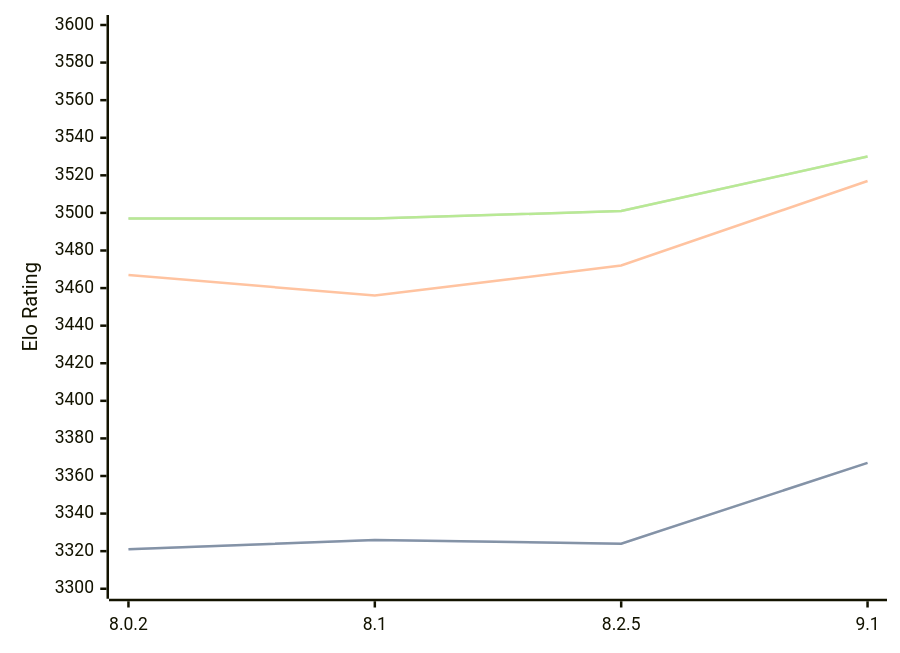
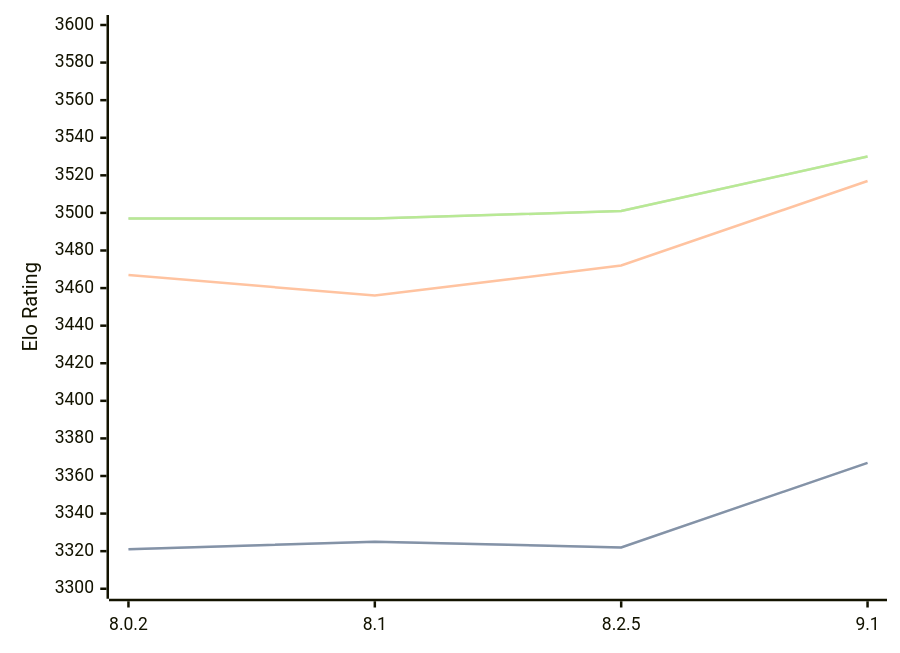
Before and after one commit to computer-chess-index/cci: the diagram in engines/Clover.md, drawn with Mermaid. The commit also changed other lines of this file, not shown here.

````diff
--- a/engines/Clover.md
+++ b/engines/Clover.md
@@ -64,11 +64,11 @@
 ```mermaid
 %%{init: {"theme":"base","themeVariables":{"seriesColors:['#a3a3a3','#222221','#faa371']}}}%%
 xychart-beta
   x-axis ["8.0.2", "8.1", "8.2.5", "9.1"]
   y-axis "Elo Rating" 3300 --> 3600
-  line "STC (8.0+0.08s)" [3321, 3326, 3324, 3367]
-  line "STC (8.0+0.08s)" [3321, 3326, 3324, 3367]
+  line "STC (8.0+0.08s)" [3321, 3325, 3322, 3367]
+  line "STC (8.0+0.08s)" [3321, 3325, 3322, 3367]
   line "LTC (60.0+0.60s)" [3467, 3456, 3472, 3517]
   line "VLTC (2m24s+1.12s)" [3497, 3497, 3501, 3530]
   line "VLTC (2m24s+1.12s)" [3497, 3497, 3501, 3530]
 ```
````
